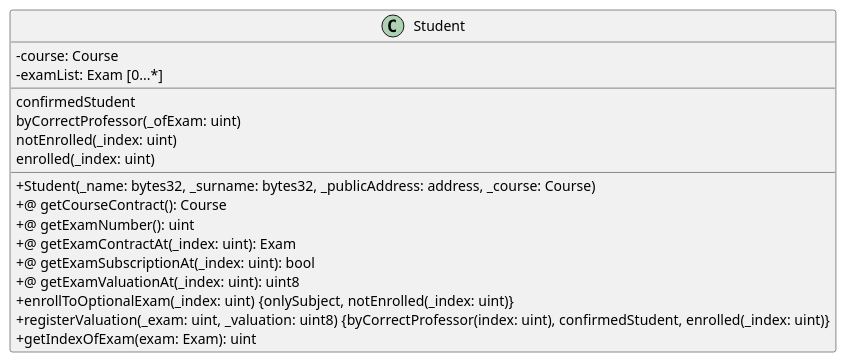
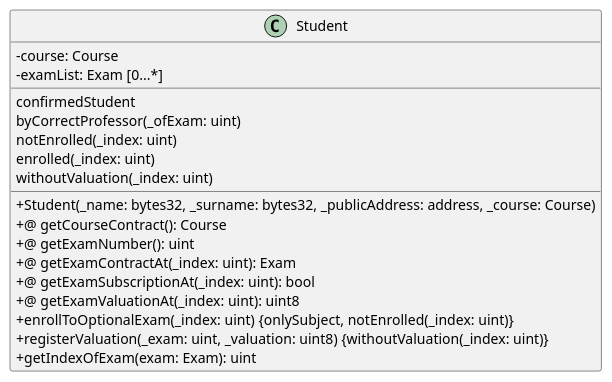
One commit to M9k/Marvin-Uml changed the diagram in Solidity/Contracts/Student.iuml. Above: the diagram before and after it, drawn with PlantUML.

Commit message:
Esame registrabile una volta sola

```diff
--- a/Solidity/Contracts/Student.iuml
+++ b/Solidity/Contracts/Student.iuml
@@ -1,22 +1,23 @@
 @startuml
 skinparam classAttributeIconSize 0
 class Student {
 - course: Course
 - examList: Exam [0...*]
 __
 confirmedStudent
 byCorrectProfessor(_ofExam: uint)
 notEnrolled(_index: uint)
 enrolled(_index: uint)
+withoutValuation(_index: uint)
 __
 + Student(_name: bytes32, _surname: bytes32, _publicAddress: address, _course: Course)
 +@ getCourseContract(): Course
 +@ getExamNumber(): uint
 +@ getExamContractAt(_index: uint): Exam
 +@ getExamSubscriptionAt(_index: uint): bool
 +@ getExamValuationAt(_index: uint): uint8
 + enrollToOptionalExam(_index: uint) {onlySubject, notEnrolled(_index: uint)}
-+ registerValuation(_exam: uint, _valuation: uint8) {byCorrectProfessor(index: uint), confirmedStudent, enrolled(_index: uint)}
++ registerValuation(_exam: uint, _valuation: uint8) {withoutValuation(_index: uint)}
 + getIndexOfExam(exam: Exam): uint
 }
 @enduml
```
